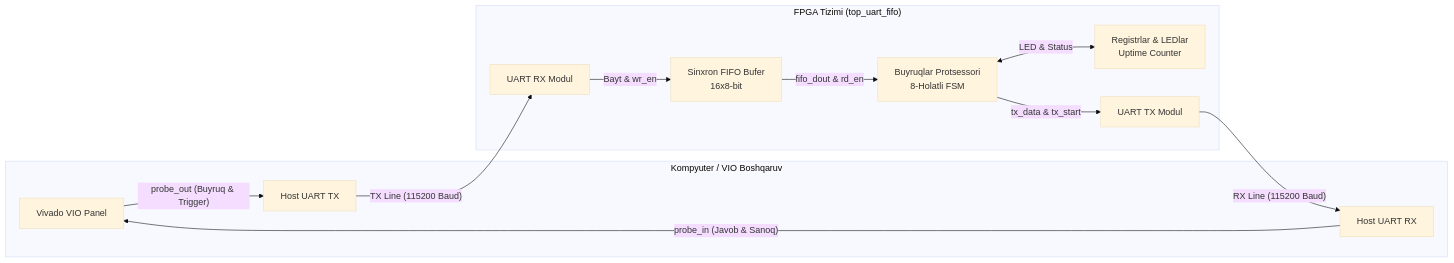
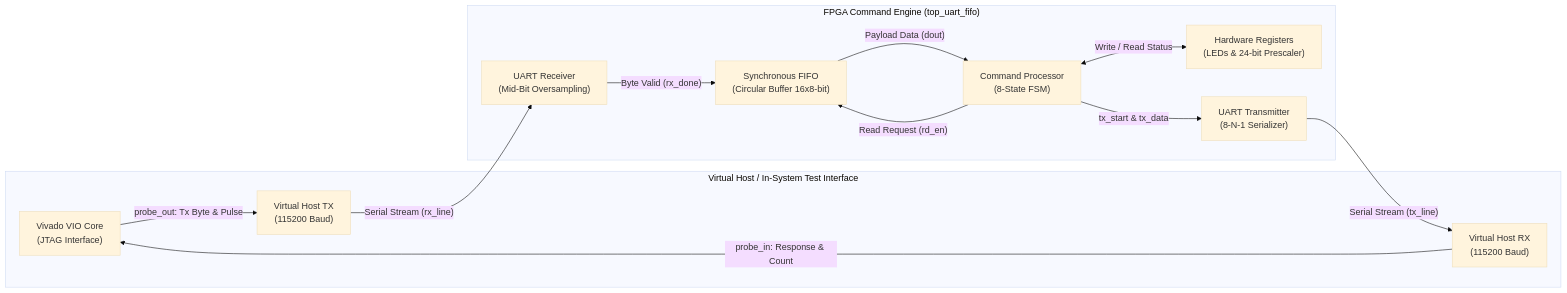
The diagram in README.md (ilhomjonnishonov/FPGA-UART-FIFO-Command-Processor), drawn with Mermaid (base theme) before and after one commit. The commit also changed other lines of this file and 3 other files, not shown here.

````diff
--- a/README.md
+++ b/README.md
@@ -36,25 +29,26 @@
 ```mermaid
 flowchart LR
-    subgraph Host_Control ["Kompyuter / VIO Boshqaruv"]
-        VIO[Vivado VIO Panel]
-        HostTX[Host UART TX]
-        HostRX[Host UART RX]
+    subgraph Host_Interface ["Virtual Host / In-System Test Interface"]
+        VIO["Vivado VIO Core\n(JTAG Interface)"]
+        HostTX["Virtual Host TX\n(115200 Baud)"]
+        HostRX["Virtual Host RX\n(115200 Baud)"]
     end
 
-    subgraph FPGA_Core ["FPGA Tizimi (top_uart_fifo)"]
-        FPGA_RX[UART RX Modul]
-        FIFO[Sinxron FIFO Bufer\n16x8-bit]
-        CMD[Buyruqlar Protsessori\n8-Holatli FSM]
-        REGS[Registrlar & LEDlar\nUptime Counter]
-        FPGA_TX[UART TX Modul]
+    subgraph Core_Design ["FPGA Command Engine (top_uart_fifo)"]
+        FPGA_RX["UART Receiver\n(Mid-Bit Oversampling)"]
+        FIFO["Synchronous FIFO\n(Circular Buffer 16x8-bit)"]
+        FSM["Command Processor\n(8-State FSM)"]
+        Registers["Hardware Registers\n(LEDs & 24-bit Prescaler)"]
+        FPGA_TX["UART Transmitter\n(8-N-1 Serializer)"]
     end
 
-    VIO -->|"probe_out (Buyruq & Trigger)"| HostTX
-    HostTX -->|"TX Line (115200 Baud)"| FPGA_RX
-    FPGA_RX -->|"Bayt & wr_en"| FIFO
-    FIFO -->|"fifo_dout & rd_en"| CMD
-    CMD <-->|"LED & Status"| REGS
-    CMD -->|"tx_data & tx_start"| FPGA_TX
-    FPGA_TX -->|"RX Line (115200 Baud)"| HostRX
-    HostRX -->|"probe_in (Javob & Sanoq)"| VIO
+    VIO -->|"probe_out: Tx Byte & Pulse"| HostTX
+    HostTX -->|"Serial Stream (rx_line)"| FPGA_RX
+    FPGA_RX -->|"Byte Valid (rx_done)"| FIFO
+    FIFO -->|"Payload Data (dout)"| FSM
+    FSM -->|"Read Request (rd_en)"| FIFO
+    FSM <-->|"Write / Read Status"| Registers
+    FSM -->|"tx_start & tx_data"| FPGA_TX
+    FPGA_TX -->|"Serial Stream (tx_line)"| HostRX
+    HostRX -->|"probe_in: Response & Count"| VIO
 ```
````
